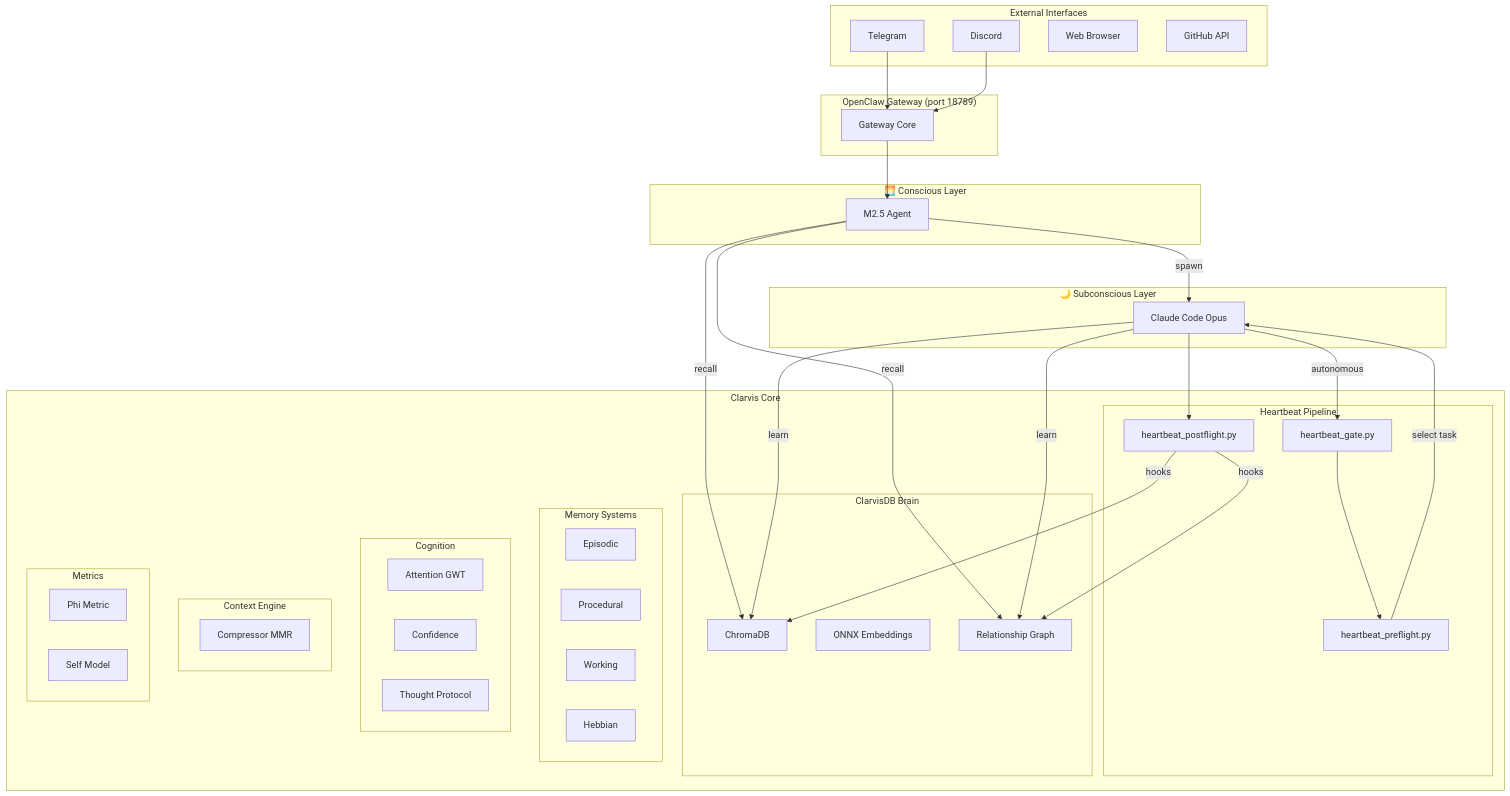
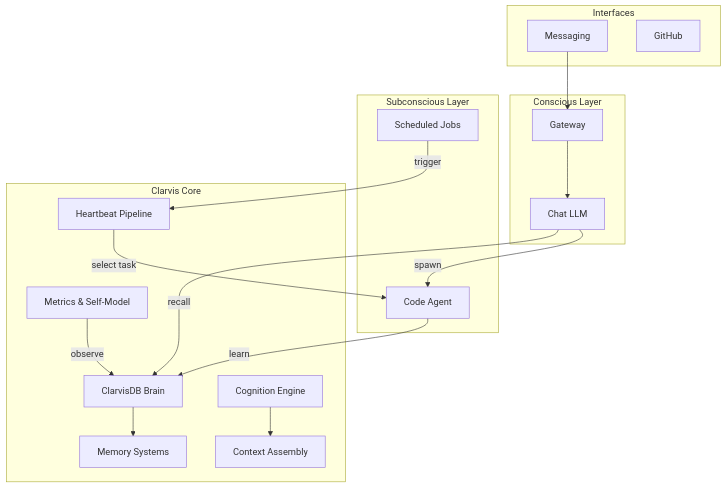
One commit to GranusClarvis/clarvis changed the first of 2 diagrams in README.md. Above: the diagram before and after it, drawn with Mermaid. The commit also changed other lines of this file and 127 other files, not shown here.

````diff
--- a/README.md
+++ b/README.md
@@ -11,73 +72,36 @@
 ```mermaid
 flowchart TB
-    subgraph External["External Interfaces"]
-        TG[Telegram]
-        DC[Discord]
-        WB[Web Browser]
-        GH[GitHub API]
+    subgraph External["Interfaces"]
+        MSG[Messaging]
+        GH[GitHub]
     end
 
-    subgraph Gateway["OpenClaw Gateway (port 18789)"]
-        GW[Gateway Core]
+    subgraph Conscious["Conscious Layer"]
+        GW[Gateway]
+        LLM[Chat LLM]
     end
 
-    subgraph Conscious["🌅 Conscious Layer"]
-        M2[M2.5 Agent]
-    end
-
-    subgraph Subconscious["🌙 Subconscious Layer"]
-        CC[Claude Code Opus]
+    subgraph Subconscious["Subconscious Layer"]
+        CRON[Scheduled Jobs]
+        CC[Code Agent]
     end
 
     subgraph Core["Clarvis Core"]
-        subgraph Heartbeat["Heartbeat Pipeline"]
-            HG[heartbeat_gate.py]
-            HP[heartbeat_preflight.py]
-            PF[heartbeat_postflight.py]
-        end
-        
-        subgraph Brain["ClarvisDB Brain"]
-            CH[ChromaDB]
-            ONNX[ONNX Embeddings]
-            GRAPH[Relationship Graph]
-        end
-        
-        subgraph Memory["Memory Systems"]
-            EP[Episodic]
-            PR[Procedural]
-            WM[Working]
-            HB[Hebbian]
-        end
-        
-        subgraph Cognition["Cognition"]
-            ATT[Attention GWT]
-            CONF[Confidence]
-            TO[Thought Protocol]
-        end
-        
-        subgraph Context["Context Engine"]
-            COMP[Compressor MMR]
-        end
-        
-        subgraph Metrics["Metrics"]
-            PHI[Phi Metric]
-            SM[Self Model]
-        end
+        HB[Heartbeat Pipeline]
+        BRAIN[ClarvisDB Brain]
+        MEM[Memory Systems]
+        COG[Cognition Engine]
+        CTX[Context Assembly]
+        MET[Metrics & Self-Model]
     end
 
-    TG --> GW
-    DC --> GW
-    GW --> M2
-    M2 --> |spawn| CC
-    CC --> |autonomous| HG
-    HG --> HP
-    HP --> |select task| CC
-    CC --> PF
-    PF --> |hooks| CH
-    PF --> |hooks| GRAPH
-    
-    M2 --> |recall| CH
-    M2 --> |recall| GRAPH
-    CC --> |learn| CH
-    CC --> |learn| GRAPH
+    MSG --> GW --> LLM
+    LLM -->|spawn| CC
+    CRON -->|trigger| HB
+    HB -->|select task| CC
+    CC -->|learn| BRAIN
+    LLM -->|recall| BRAIN
+    BRAIN --> MEM
+    COG --> CTX
+    MET -->|observe| BRAIN
 ```
````
